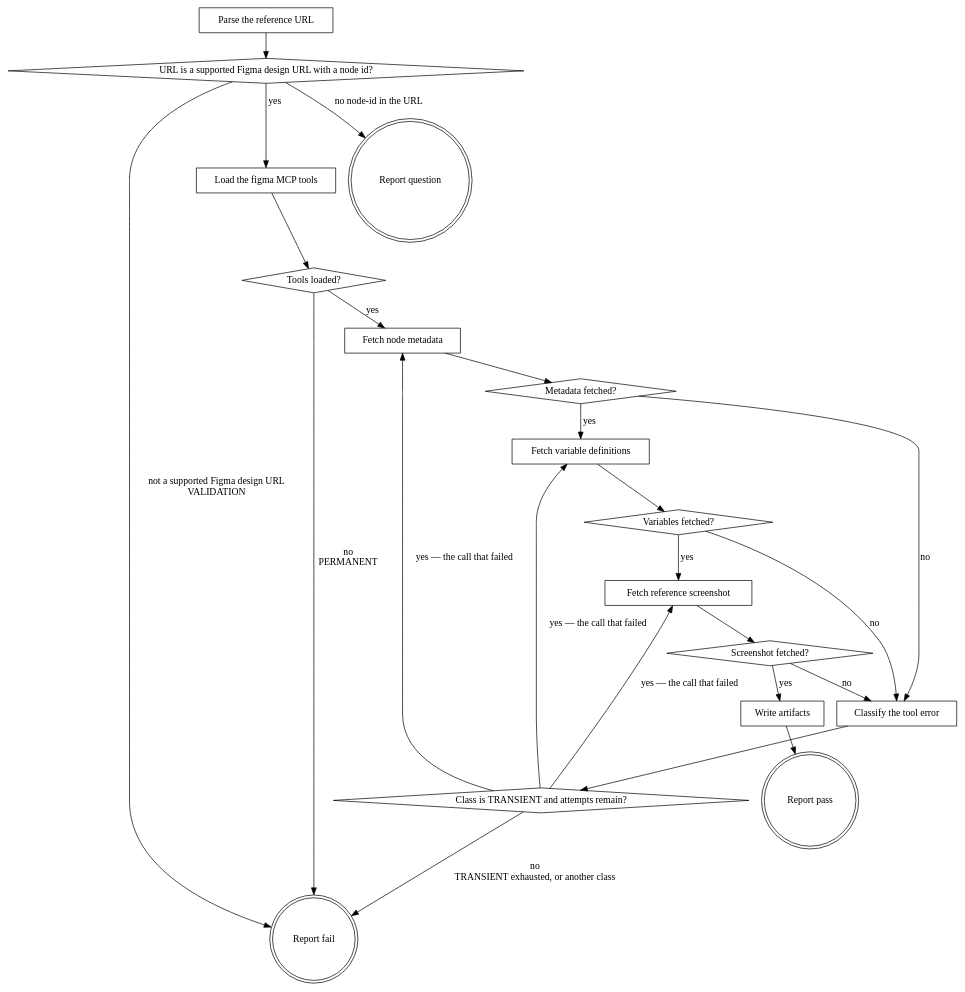
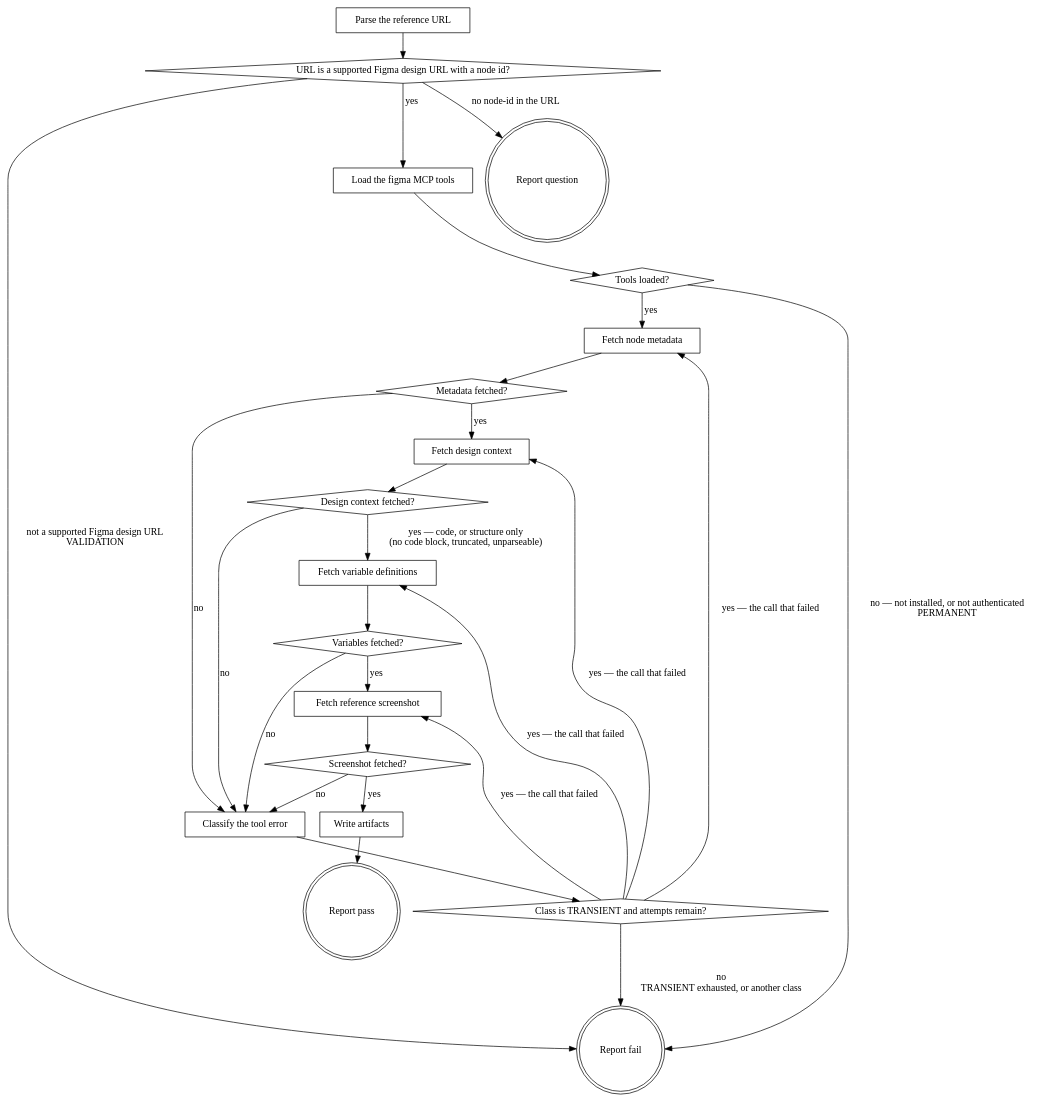
The diagram in plugins/figma/skills/fetch-reference/SKILL.md (agenticDraft/aem-eds-ai-workflow-demo), drawn with Graphviz before and after one commit. The commit also changed other lines of this file, not shown here.

First line of the commit message:
fetch_reference reads design context and names the auth remedy

````diff
--- a/plugins/figma/skills/fetch-reference/SKILL.md
+++ b/plugins/figma/skills/fetch-reference/SKILL.md
@@ -27,43 +41,49 @@
 ```dot
 digraph fetch_reference {
     "Parse the reference URL" [shape=box];
     "URL is a supported Figma design URL with a node id?" [shape=diamond];
     "Load the figma MCP tools" [shape=box];
     "Tools loaded?" [shape=diamond];
     "Fetch node metadata" [shape=box];
     "Metadata fetched?" [shape=diamond];
+    "Fetch design context" [shape=box];
+    "Design context fetched?" [shape=diamond];
     "Fetch variable definitions" [shape=box];
     "Variables fetched?" [shape=diamond];
     "Fetch reference screenshot" [shape=box];
     "Screenshot fetched?" [shape=diamond];
     "Classify the tool error" [shape=box];
     "Class is TRANSIENT and attempts remain?" [shape=diamond];
     "Write artifacts" [shape=box];
     "Report pass" [shape=doublecircle];
     "Report fail" [shape=doublecircle];
     "Report question" [shape=doublecircle];
 
     "Parse the reference URL" -> "URL is a supported Figma design URL with a node id?";
     "URL is a supported Figma design URL with a node id?" -> "Load the figma MCP tools" [label="yes"];
     "URL is a supported Figma design URL with a node id?" -> "Report question" [label="no node-id in the URL"];
     "URL is a supported Figma design URL with a node id?" -> "Report fail" [label="not a supported Figma design URL\nVALIDATION"];
     "Load the figma MCP tools" -> "Tools loaded?";
     "Tools loaded?" -> "Fetch node metadata" [label="yes"];
-    "Tools loaded?" -> "Report fail" [label="no\nPERMANENT"];
+    "Tools loaded?" -> "Report fail" [label="no — not installed, or not authenticated\nPERMANENT"];
     "Fetch node metadata" -> "Metadata fetched?";
-    "Metadata fetched?" -> "Fetch variable definitions" [label="yes"];
+    "Metadata fetched?" -> "Fetch design context" [label="yes"];
     "Metadata fetched?" -> "Classify the tool error" [label="no"];
+    "Fetch design context" -> "Design context fetched?";
+    "Design context fetched?" -> "Fetch variable definitions" [label="yes — code, or structure only\n(no code block, truncated, unparseable)"];
+    "Design context fetched?" -> "Classify the tool error" [label="no"];
     "Fetch variable definitions" -> "Variables fetched?";
     "Variables fetched?" -> "Fetch reference screenshot" [label="yes"];
     "Variables fetched?" -> "Classify the tool error" [label="no"];
     "Fetch reference screenshot" -> "Screenshot fetched?";
     "Screenshot fetched?" -> "Write artifacts" [label="yes"];
     "Screenshot fetched?" -> "Classify the tool error" [label="no"];
     "Classify the tool error" -> "Class is TRANSIENT and attempts remain?";
     "Class is TRANSIENT and attempts remain?" -> "Fetch node metadata" [label="yes — the call that failed"];
+    "Class is TRANSIENT and attempts remain?" -> "Fetch design context" [label="yes — the call that failed"];
     "Class is TRANSIENT and attempts remain?" -> "Fetch variable definitions" [label="yes — the call that failed"];
     "Class is TRANSIENT and attempts remain?" -> "Fetch reference screenshot" [label="yes — the call that failed"];
     "Class is TRANSIENT and attempts remain?" -> "Report fail" [label="no\nTRANSIENT exhausted, or another class"];
     "Write artifacts" -> "Report pass";
 }
 ```
````
